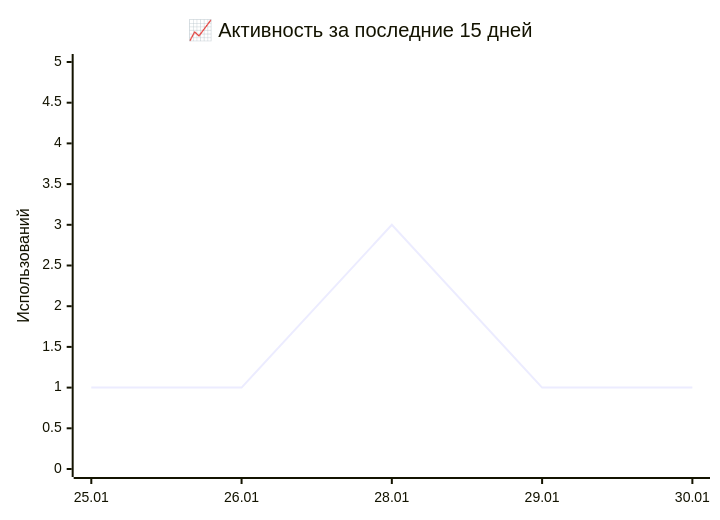
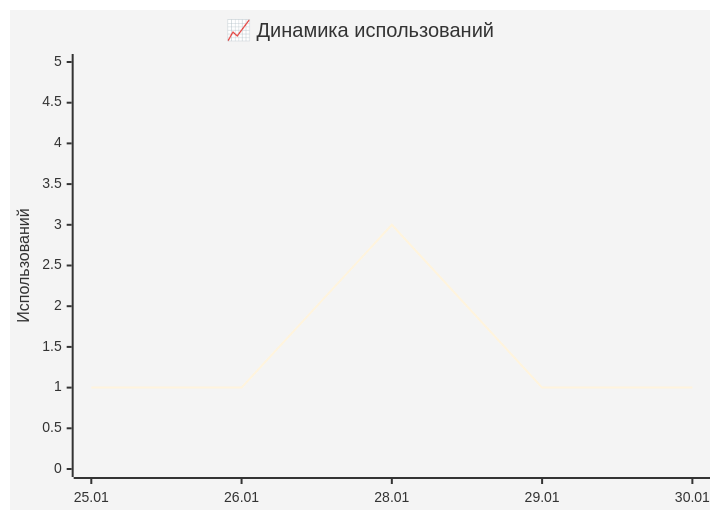
Before and after one commit to IliaKurdukov/the_security_curves: the first of 2 diagrams in README.md, drawn with Mermaid.

Commit message:
📊 Обновление аналитики 2026-01-30

````diff
--- a/README.md
+++ b/README.md
@@ -34,8 +34,9 @@
 ```mermaid
+%%{init: {'theme': 'base', 'config': {'width': 300, 'height': 200, 'showDataLabel': true}}}%%
 xychart-beta
-    title "📈 Активность за последние 15 дней"
+    title "📈 Динамика использований"
     x-axis ["25.01", "26.01", "28.01", "29.01", "30.01"]
     y-axis "Использований" 0 --> 5
     line [1, 1, 3, 1, 1]
 
 ```
````
